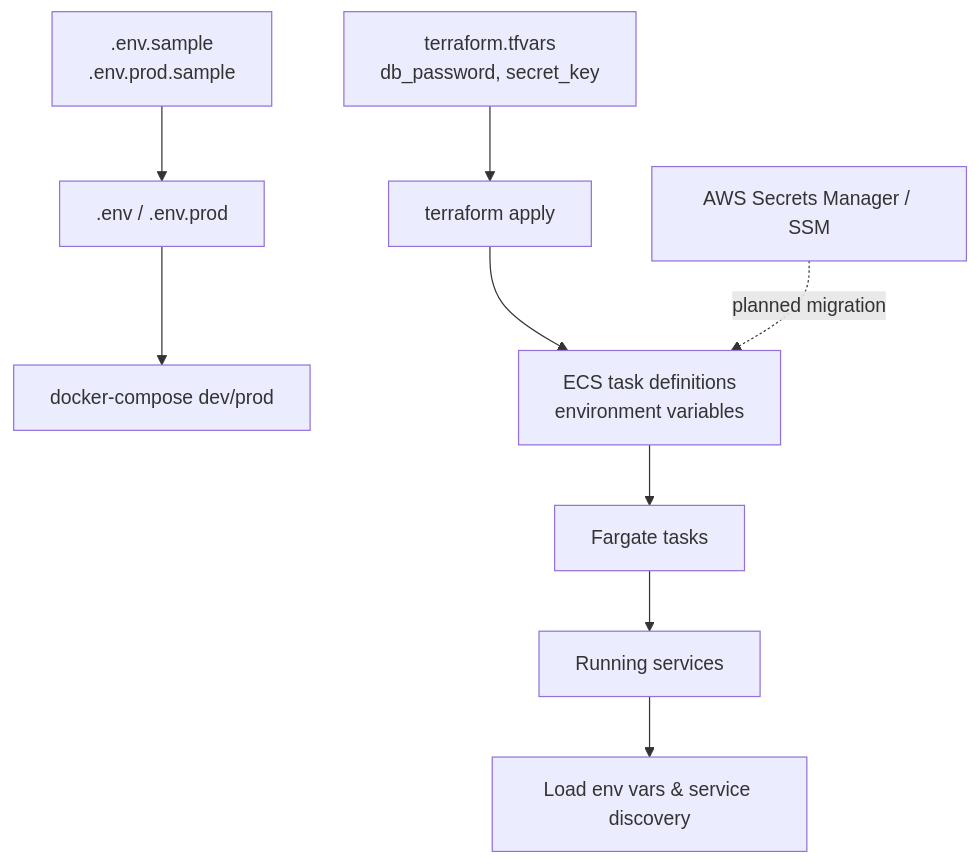
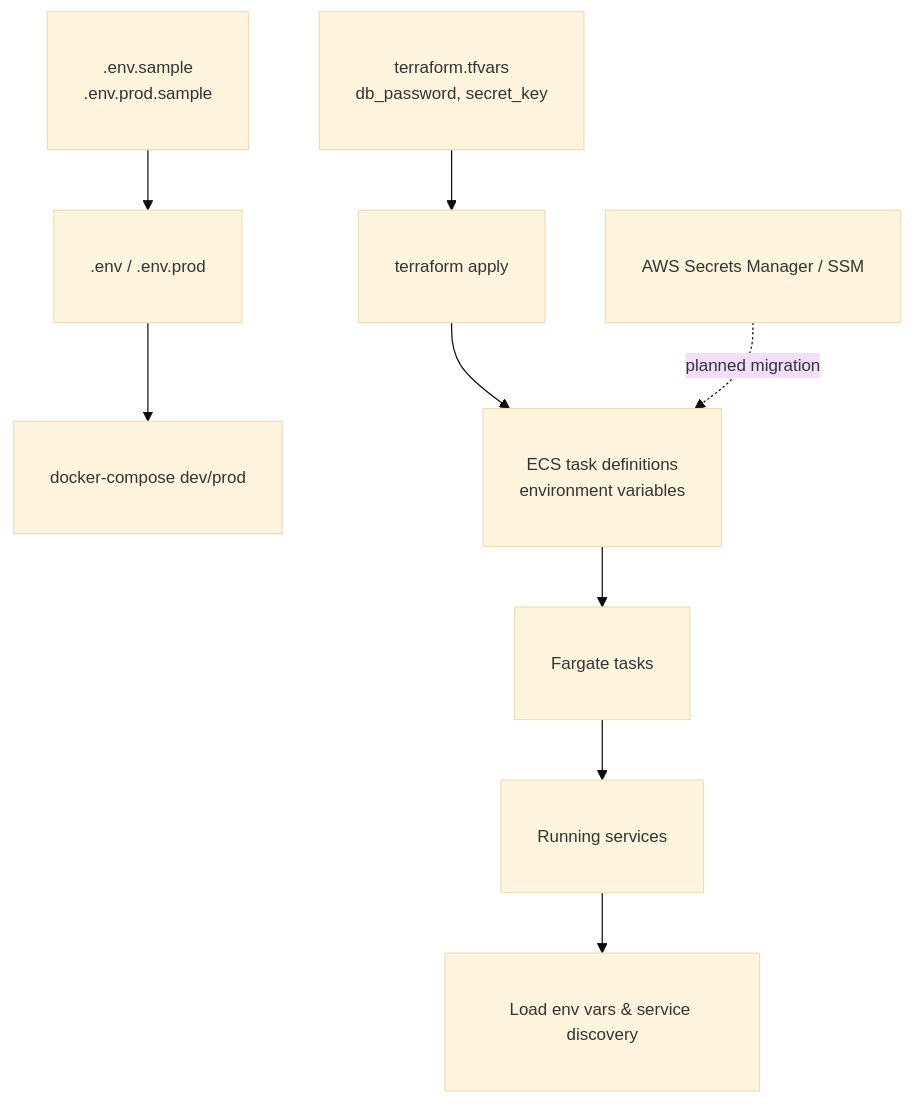
Before and after one commit to JoanneHing/cs3219-ay2526s1-project-g19: the fifth of 8 diagrams in docs/p1_deploy.md, drawn with Mermaid. The commit also changed other lines of this file, not shown here.

````diff
--- a/docs/p1_deploy.md
+++ b/docs/p1_deploy.md
@@ -157,14 +169,18 @@
 ```mermaid
+%%{init: {'theme':'base', 'themeVariables': {'fontSize':'14px'}}}%%
 graph TD
   Samples[".env.sample<br/>.env.prod.sample"] --> LocalEnv[".env / .env.prod"]
   LocalEnv --> ComposeEnv["docker-compose dev/prod"]
 
   TFVars["terraform.tfvars<br/>db_password, secret_key"] --> TerraformApply["terraform apply"]
   TerraformApply --> TaskDefs["ECS task definitions<br/>environment variables"]
   TaskDefs --> FargateTasks["Fargate tasks"]
 
   FargateTasks --> Services["Running services"]
   Services --> Usage["Load env vars & service discovery"]
 
   SecretsMgr["AWS Secrets Manager / SSM"] -. planned migration .-> TaskDefs
+
+  classDef wider padding:10px
+  class Samples,LocalEnv,ComposeEnv,TFVars,TerraformApply,TaskDefs,FargateTasks,Services,Usage,SecretsMgr wider
 ```
````
